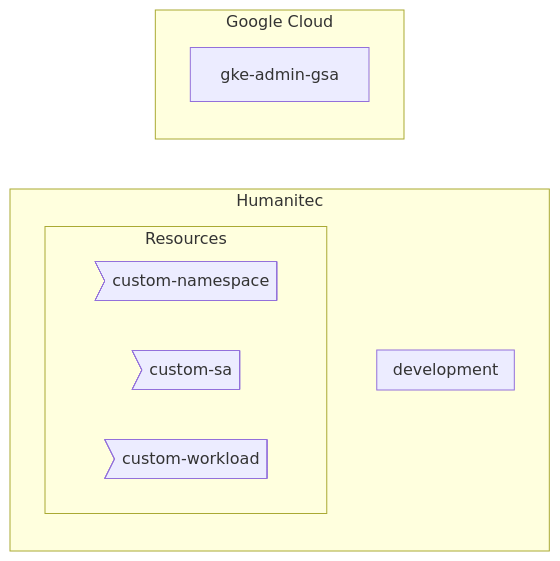
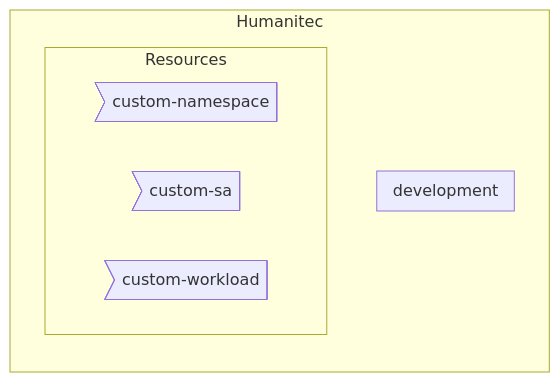
Before and after one commit to mathieu-benoit/hello-humanitec: the diagram in docs/common-setup.md, drawn with Mermaid.

````diff
--- a/docs/common-setup.md
+++ b/docs/common-setup.md
@@ -3,15 +3,12 @@
 ```mermaid
 flowchart LR
   subgraph Humanitec
     subgraph development
     end
     subgraph Resources
         custom-namespace>custom-namespace]
         custom-sa>custom-sa]
         custom-workload>custom-workload]
     end
   end
-  subgraph Google Cloud
-    gke-admin-gsa
-  end
 ```
````
